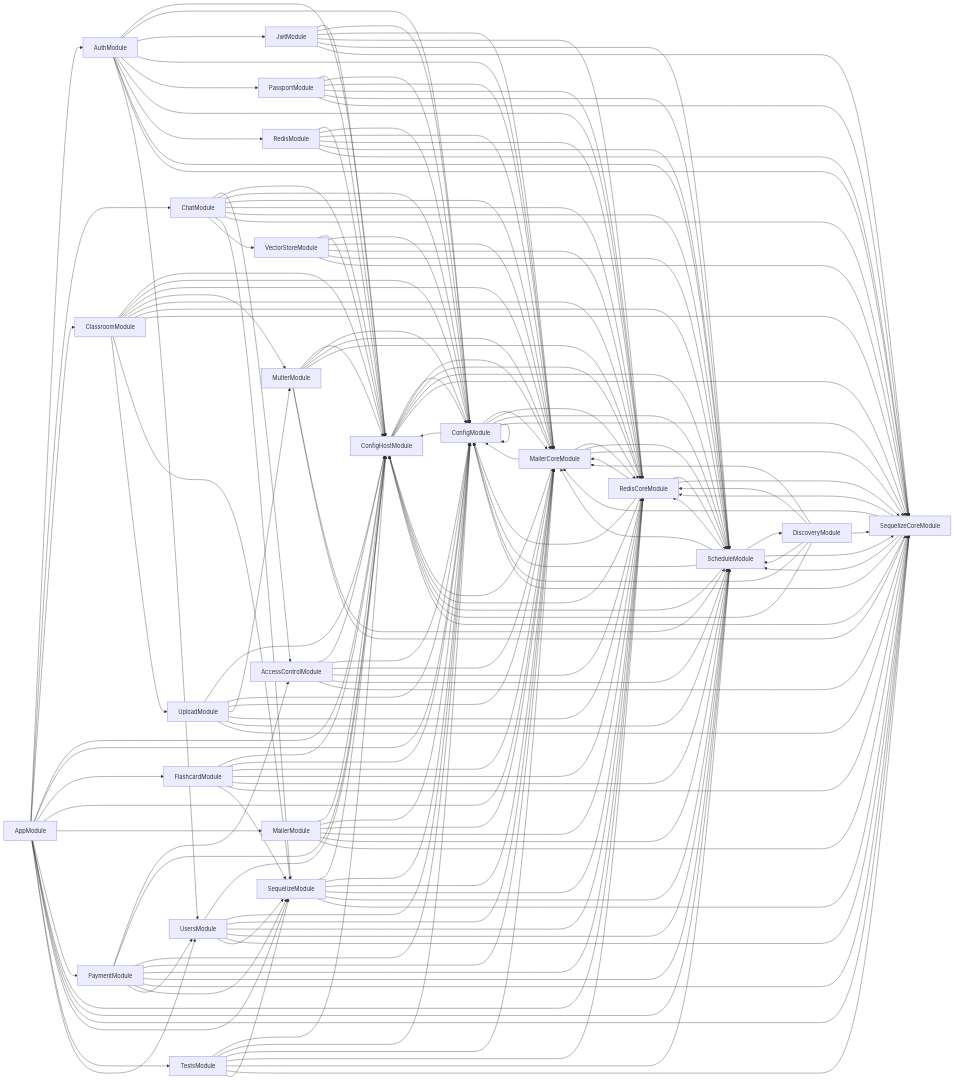
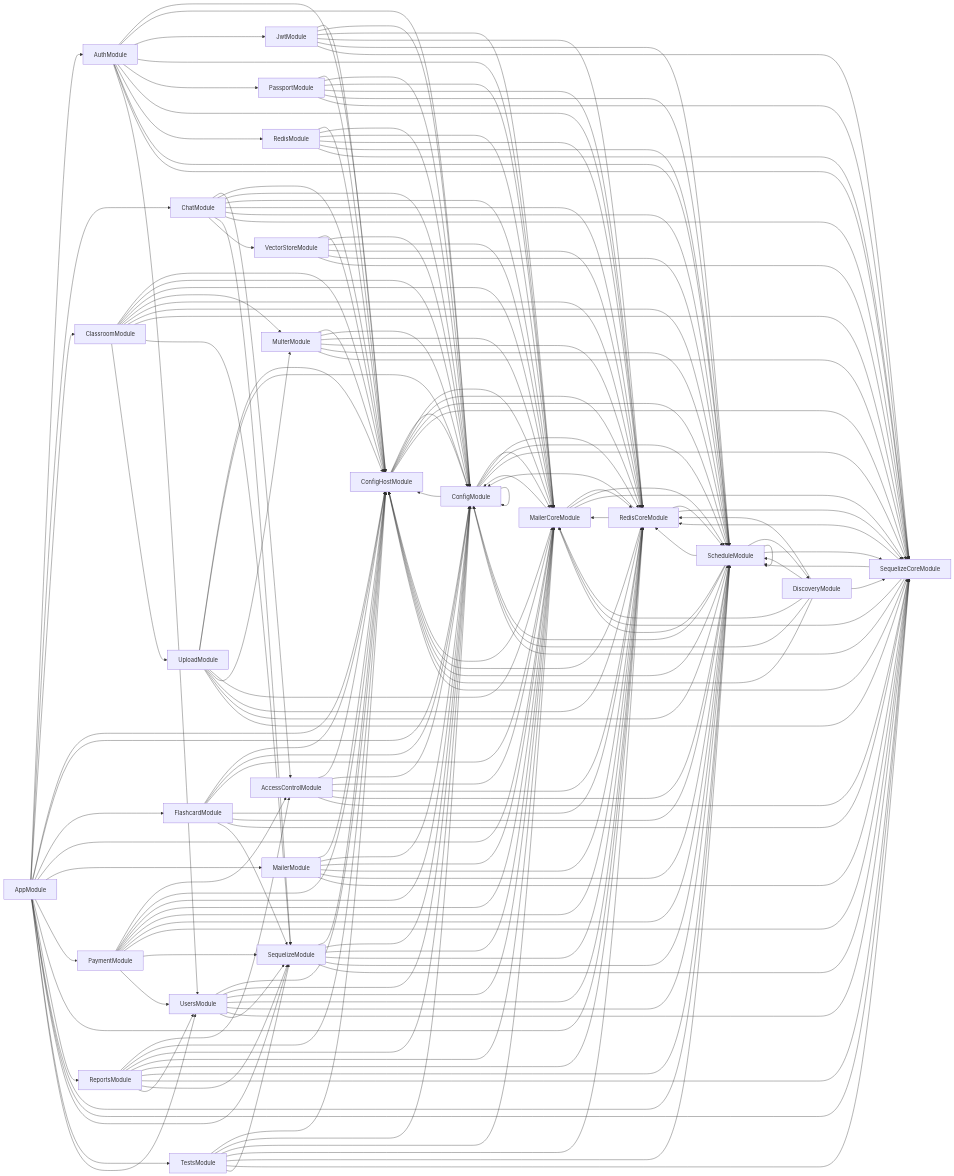
The diagram in deps.mermaid (tiawai/csc13010-tiawai-server), drawn with Mermaid before and after one commit. The commit also changed 6 other files, not shown here.

```diff
--- a/deps.mermaid
+++ b/deps.mermaid
@@ -1,167 +1,178 @@
 graph LR
     AccessControlModule-->ConfigHostModule
   AccessControlModule-->ConfigModule
   AccessControlModule-->MailerCoreModule
   AccessControlModule-->RedisCoreModule
   AccessControlModule-->ScheduleModule
   AccessControlModule-->SequelizeCoreModule
   AppModule-->AuthModule
   AppModule-->ChatModule
   AppModule-->ClassroomModule
   AppModule-->ConfigHostModule
   AppModule-->ConfigModule
   AppModule-->FlashcardModule
   AppModule-->MailerCoreModule
   AppModule-->MailerModule
   AppModule-->PaymentModule
   AppModule-->RedisCoreModule
+  AppModule-->ReportsModule
   AppModule-->ScheduleModule
   AppModule-->SequelizeCoreModule
   AppModule-->SequelizeModule
   AppModule-->TestsModule
   AppModule-->UsersModule
   AuthModule-->ConfigHostModule
   AuthModule-->ConfigModule
   AuthModule-->JwtModule
   AuthModule-->MailerCoreModule
   AuthModule-->PassportModule
   AuthModule-->RedisCoreModule
   AuthModule-->RedisModule
   AuthModule-->ScheduleModule
   AuthModule-->SequelizeCoreModule
   AuthModule-->UsersModule
   ChatModule-->AccessControlModule
   ChatModule-->ConfigHostModule
   ChatModule-->ConfigModule
   ChatModule-->MailerCoreModule
   ChatModule-->RedisCoreModule
   ChatModule-->ScheduleModule
   ChatModule-->SequelizeCoreModule
   ChatModule-->SequelizeModule
   ChatModule-->VectorStoreModule
   ClassroomModule-->ConfigHostModule
   ClassroomModule-->ConfigModule
   ClassroomModule-->MailerCoreModule
   ClassroomModule-->MulterModule
   ClassroomModule-->RedisCoreModule
   ClassroomModule-->ScheduleModule
   ClassroomModule-->SequelizeCoreModule
   ClassroomModule-->SequelizeModule
   ClassroomModule-->UploadModule
   ConfigHostModule-->ConfigModule
   ConfigHostModule-->MailerCoreModule
   ConfigHostModule-->RedisCoreModule
   ConfigHostModule-->ScheduleModule
   ConfigHostModule-->SequelizeCoreModule
   ConfigModule-->ConfigHostModule
   ConfigModule-->ConfigModule
   ConfigModule-->MailerCoreModule
   ConfigModule-->RedisCoreModule
   ConfigModule-->ScheduleModule
   ConfigModule-->SequelizeCoreModule
   DiscoveryModule-->ConfigHostModule
   DiscoveryModule-->ConfigModule
   DiscoveryModule-->MailerCoreModule
   DiscoveryModule-->RedisCoreModule
   DiscoveryModule-->ScheduleModule
   DiscoveryModule-->SequelizeCoreModule
   FlashcardModule-->ConfigHostModule
   FlashcardModule-->ConfigModule
   FlashcardModule-->MailerCoreModule
   FlashcardModule-->RedisCoreModule
   FlashcardModule-->ScheduleModule
   FlashcardModule-->SequelizeCoreModule
   FlashcardModule-->SequelizeModule
   JwtModule-->ConfigHostModule
   JwtModule-->ConfigModule
   JwtModule-->MailerCoreModule
   JwtModule-->RedisCoreModule
   JwtModule-->ScheduleModule
   JwtModule-->SequelizeCoreModule
   MailerCoreModule-->ConfigHostModule
   MailerCoreModule-->ConfigModule
   MailerCoreModule-->RedisCoreModule
   MailerCoreModule-->ScheduleModule
   MailerCoreModule-->SequelizeCoreModule
   MailerModule-->ConfigHostModule
   MailerModule-->ConfigModule
   MailerModule-->MailerCoreModule
   MailerModule-->RedisCoreModule
   MailerModule-->ScheduleModule
   MailerModule-->SequelizeCoreModule
   MulterModule-->ConfigHostModule
   MulterModule-->ConfigModule
   MulterModule-->MailerCoreModule
   MulterModule-->RedisCoreModule
   MulterModule-->ScheduleModule
   MulterModule-->SequelizeCoreModule
   PassportModule-->ConfigHostModule
   PassportModule-->ConfigModule
   PassportModule-->MailerCoreModule
   PassportModule-->RedisCoreModule
   PassportModule-->ScheduleModule
   PassportModule-->SequelizeCoreModule
   PaymentModule-->AccessControlModule
   PaymentModule-->ConfigHostModule
   PaymentModule-->ConfigModule
   PaymentModule-->MailerCoreModule
   PaymentModule-->RedisCoreModule
   PaymentModule-->ScheduleModule
   PaymentModule-->SequelizeCoreModule
   PaymentModule-->SequelizeModule
   PaymentModule-->UsersModule
   RedisCoreModule-->ConfigHostModule
   RedisCoreModule-->ConfigModule
   RedisCoreModule-->MailerCoreModule
   RedisCoreModule-->ScheduleModule
   RedisCoreModule-->SequelizeCoreModule
   RedisModule-->ConfigHostModule
   RedisModule-->ConfigModule
   RedisModule-->MailerCoreModule
   RedisModule-->RedisCoreModule
   RedisModule-->ScheduleModule
   RedisModule-->SequelizeCoreModule
+  ReportsModule-->AccessControlModule
+  ReportsModule-->ConfigHostModule
+  ReportsModule-->ConfigModule
+  ReportsModule-->MailerCoreModule
+  ReportsModule-->RedisCoreModule
+  ReportsModule-->ScheduleModule
+  ReportsModule-->SequelizeCoreModule
+  ReportsModule-->SequelizeModule
+  ReportsModule-->UsersModule
   ScheduleModule-->ConfigHostModule
   ScheduleModule-->ConfigModule
   ScheduleModule-->DiscoveryModule
   ScheduleModule-->MailerCoreModule
   ScheduleModule-->RedisCoreModule
+  ScheduleModule-->ScheduleModule
   ScheduleModule-->SequelizeCoreModule
   SequelizeCoreModule-->ConfigHostModule
   SequelizeCoreModule-->ConfigModule
   SequelizeCoreModule-->MailerCoreModule
   SequelizeCoreModule-->RedisCoreModule
   SequelizeCoreModule-->ScheduleModule
   SequelizeModule-->ConfigHostModule
   SequelizeModule-->ConfigModule
   SequelizeModule-->MailerCoreModule
   SequelizeModule-->RedisCoreModule
   SequelizeModule-->ScheduleModule
   SequelizeModule-->SequelizeCoreModule
   TestsModule-->ConfigHostModule
   TestsModule-->ConfigModule
   TestsModule-->MailerCoreModule
   TestsModule-->RedisCoreModule
   TestsModule-->ScheduleModule
   TestsModule-->SequelizeCoreModule
   TestsModule-->SequelizeModule
   UploadModule-->ConfigHostModule
   UploadModule-->ConfigModule
   UploadModule-->MailerCoreModule
   UploadModule-->MulterModule
   UploadModule-->RedisCoreModule
   UploadModule-->ScheduleModule
   UploadModule-->SequelizeCoreModule
   UsersModule-->ConfigHostModule
   UsersModule-->ConfigModule
   UsersModule-->MailerCoreModule
   UsersModule-->RedisCoreModule
   UsersModule-->ScheduleModule
   UsersModule-->SequelizeCoreModule
   UsersModule-->SequelizeModule
   VectorStoreModule-->ConfigHostModule
   VectorStoreModule-->ConfigModule
   VectorStoreModule-->MailerCoreModule
   VectorStoreModule-->RedisCoreModule
   VectorStoreModule-->ScheduleModule
   VectorStoreModule-->SequelizeCoreModule
```
